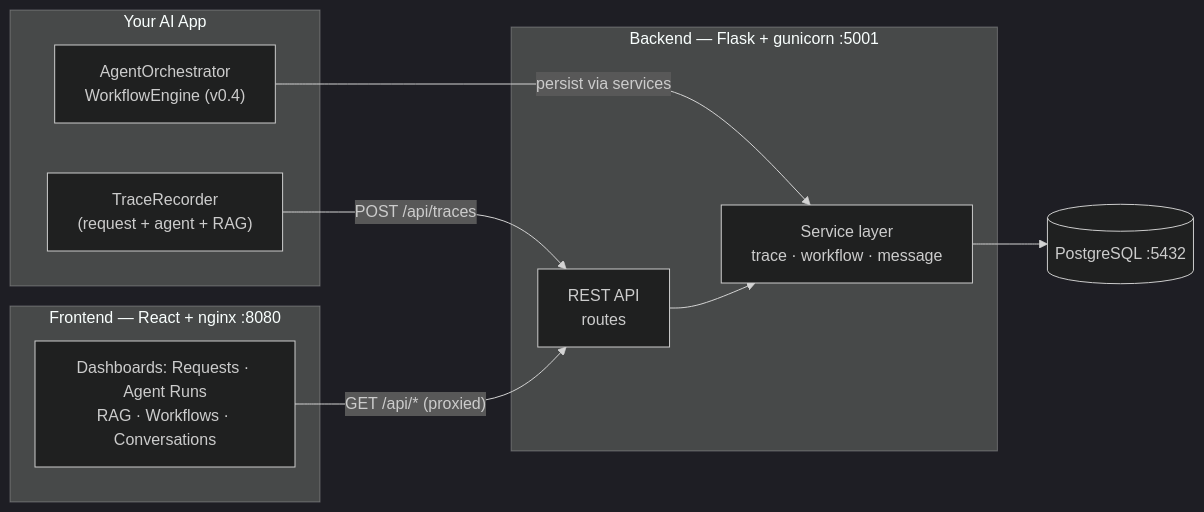
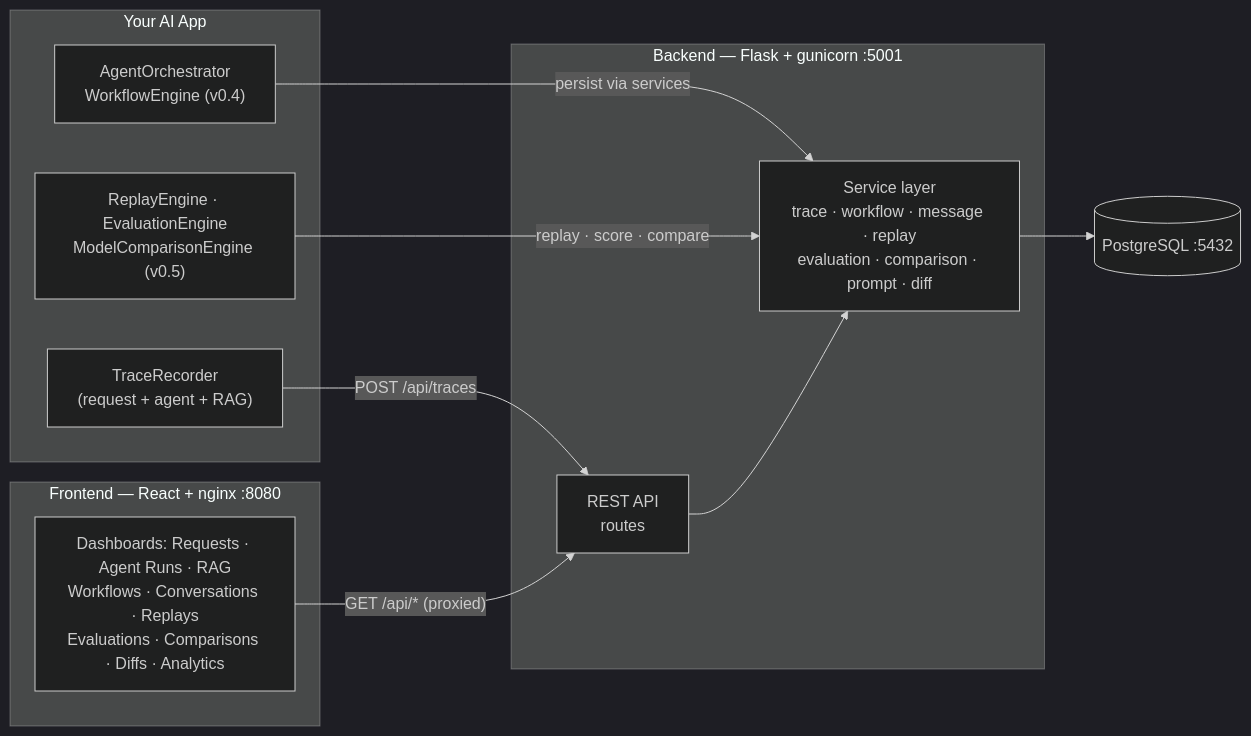
Before and after one commit to AarohiSharma5/AgentScope: the first of 2 diagrams in README.md, drawn with Mermaid (dark theme). The commit also changed other lines of this file and 5 other files, not shown here.

Commit message:
Release v0.5.0: replay, evaluation, comparison, prompt & trace diffs

````diff
--- a/README.md
+++ b/README.md
@@ -56,24 +57,26 @@
 ```mermaid
 flowchart LR
     subgraph App["Your AI App"]
         TR["TraceRecorder<br/>(request + agent + RAG)"]
         ORC["AgentOrchestrator<br/>WorkflowEngine (v0.4)"]
+        ENG["ReplayEngine · EvaluationEngine<br/>ModelComparisonEngine (v0.5)"]
     end
 
     subgraph FE["Frontend — React + nginx :8080"]
-        UI["Dashboards: Requests · Agent Runs<br/>RAG · Workflows · Conversations"]
+        UI["Dashboards: Requests · Agent Runs · RAG<br/>Workflows · Conversations · Replays<br/>Evaluations · Comparisons · Diffs · Analytics"]
     end
 
     subgraph BE["Backend — Flask + gunicorn :5001"]
         API["REST API<br/>routes"]
-        SVC["Service layer<br/>trace · workflow · message"]
+        SVC["Service layer<br/>trace · workflow · message · replay<br/>evaluation · comparison · prompt · diff"]
     end
 
     DB[("PostgreSQL :5432")]
 
     TR -->|"POST /api/traces"| API
     ORC -->|"persist via services"| SVC
+    ENG -->|"replay · score · compare"| SVC
     UI -->|"GET /api/* (proxied)"| API
     API --> SVC
     SVC --> DB
 ```
````
